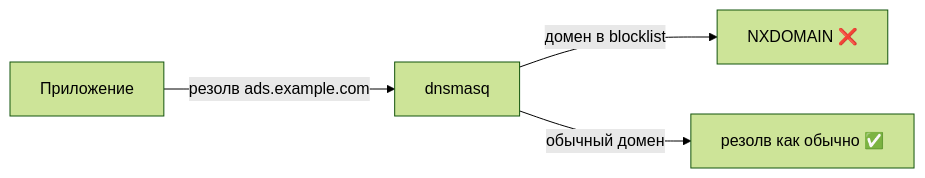
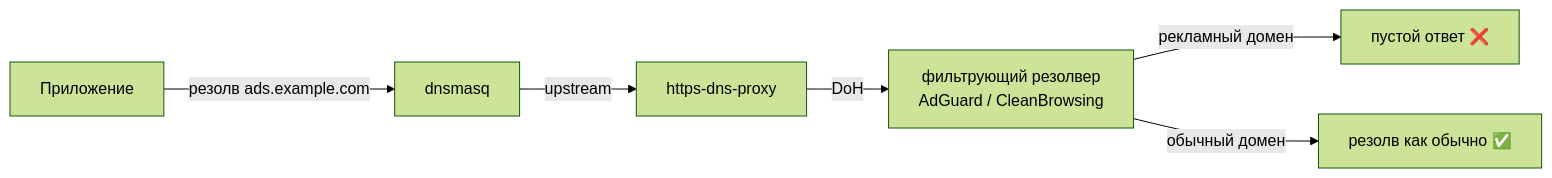
Before and after one commit to andreiyurik/cheburnet-router: the diagram in docs/v2/concepts/adblock.md, drawn with Mermaid (forest theme). The commit also changed other lines of this file and 18 other files, not shown here.

````diff
--- a/docs/v2/concepts/adblock.md
+++ b/docs/v2/concepts/adblock.md
@@ -20,6 +23,8 @@
 ```mermaid
 flowchart LR
     app[Приложение] -->|резолв ads.example.com| dnsmasq
-    dnsmasq -->|домен в blocklist| nx[NXDOMAIN ❌]
-    dnsmasq -->|обычный домен| ok[резолв как обычно ✅]
+    dnsmasq -->|upstream| proxy[https-dns-proxy]
+    proxy -->|DoH| res[фильтрующий резолвер<br/>AdGuard / CleanBrowsing]
+    res -->|рекламный домен| nx[пустой ответ ❌]
+    res -->|обычный домен| ok[резолв как обычно ✅]
 ```
````
